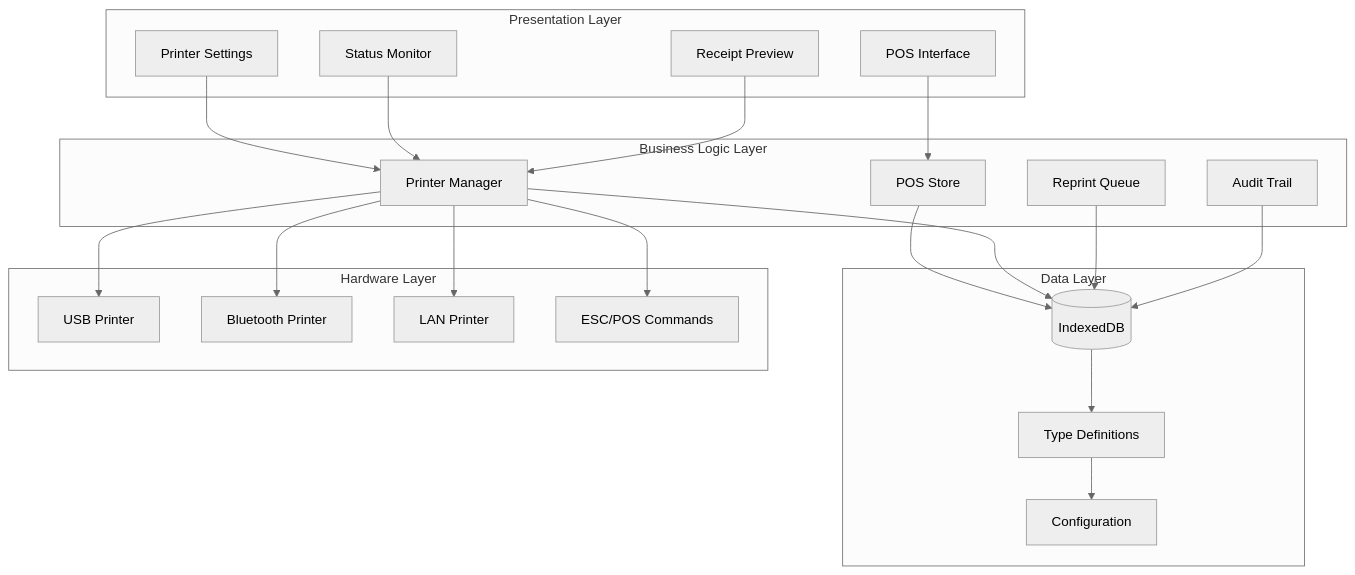
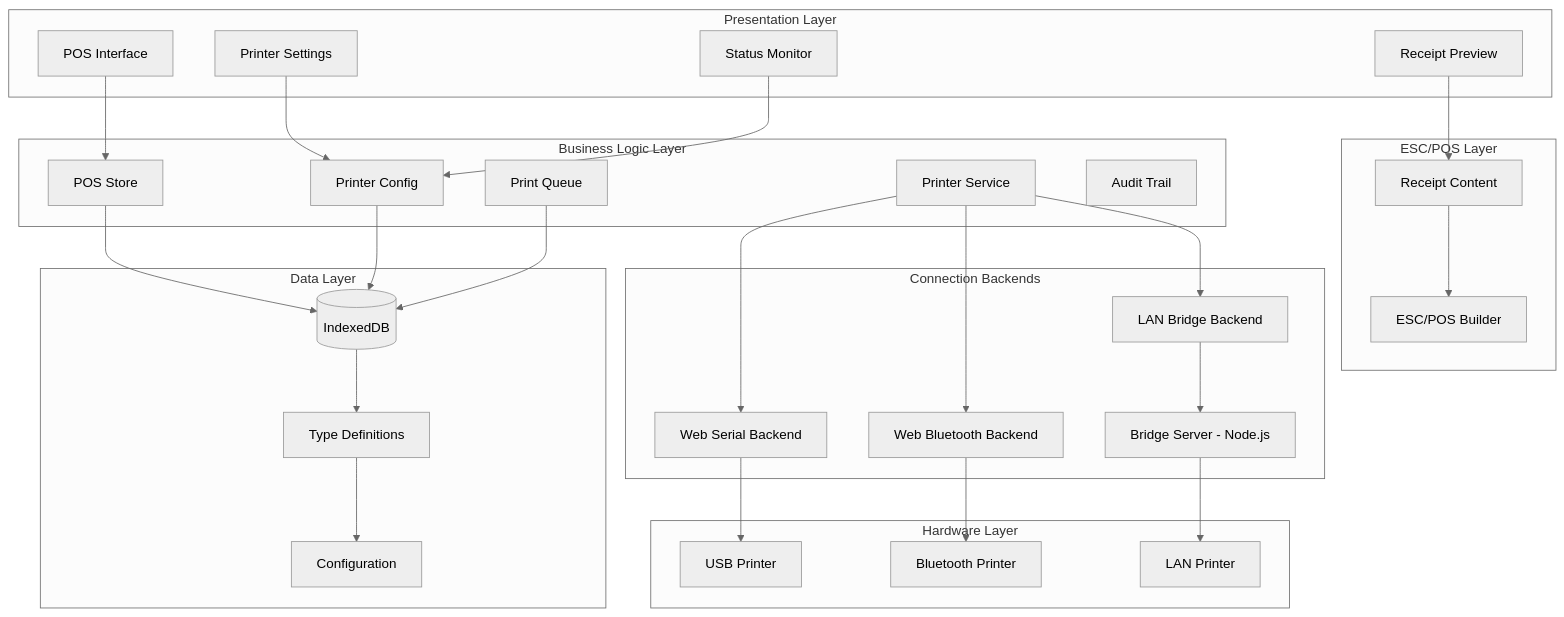
The first of 12 diagrams in .qoder/repowiki/en/content/Frontend Interface/Printer Management System.md (yosefdc7/PharmaPOS), drawn with Mermaid (neutral theme) before and after one commit. The commit also changed other lines of this file and 29 other files, not shown here.

````diff
--- a/.qoder/repowiki/en/content/Frontend Interface/Printer Management System.md
+++ b/.qoder/repowiki/en/content/Frontend Interface/Printer Management System.md
@@ -46,40 +59,53 @@
 ```mermaid
 graph TB
 subgraph "Presentation Layer"
 POS[POS Interface]
 Settings[Printer Settings]
 Status[Status Monitor]
 Preview[Receipt Preview]
 end
 subgraph "Business Logic Layer"
 Store[POS Store]
-PrinterManager[Printer Manager]
-ReprintQueue[Reprint Queue]
+PrinterConfig[Printer Config]
+PrintQueue[Print Queue]
+PrinterService[Printer Service]
 AuditTrail[Audit Trail]
+end
+subgraph "ESC/POS Layer"
+EscPosBuilder[ESC/POS Builder]
+ReceiptContent[Receipt Content]
 end
 subgraph "Data Layer"
 DB[(IndexedDB)]
 Types[Type Definitions]
 Config[Configuration]
 end
+subgraph "Connection Backends"
+WebSerial[Web Serial Backend]
+WebBluetooth[Web Bluetooth Backend]
+LanBridge[LAN Bridge Backend]
+BridgeServer[Bridge Server - Node.js]
+end
 subgraph "Hardware Layer"
 USB[USB Printer]
 BT[Bluetooth Printer]
 LAN[LAN Printer]
-ESCPOS[ESC/POS Commands]
 end
 POS --> Store
-Settings --> PrinterManager
-Status --> PrinterManager
-Preview --> PrinterManager
+Settings --> PrinterConfig
+Status --> PrinterConfig
+Preview --> ReceiptContent
 Store --> DB
-PrinterManager --> DB
-ReprintQueue --> DB
-AuditTrail --> DB
-PrinterManager --> USB
-PrinterManager --> BT
-PrinterManager --> LAN
-PrinterManager --> ESCPOS
+PrinterConfig --> DB
+PrintQueue --> DB
+PrinterService --> WebSerial
+PrinterService --> WebBluetooth
+PrinterService --> LanBridge
+LanBridge --> BridgeServer
+BridgeServer --> LAN
+WebSerial --> USB
+WebBluetooth --> BT
+ReceiptContent --> EscPosBuilder
 DB --> Types
 Types --> Config
 ```
````
